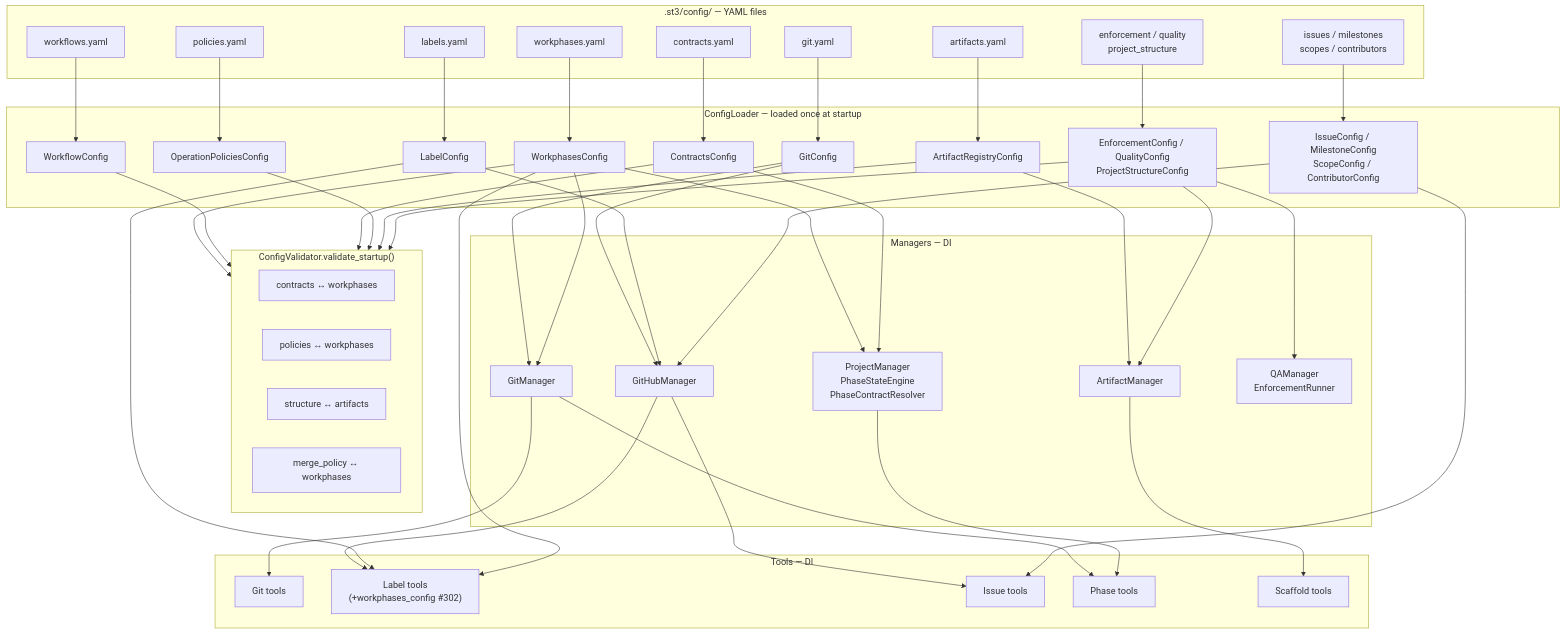
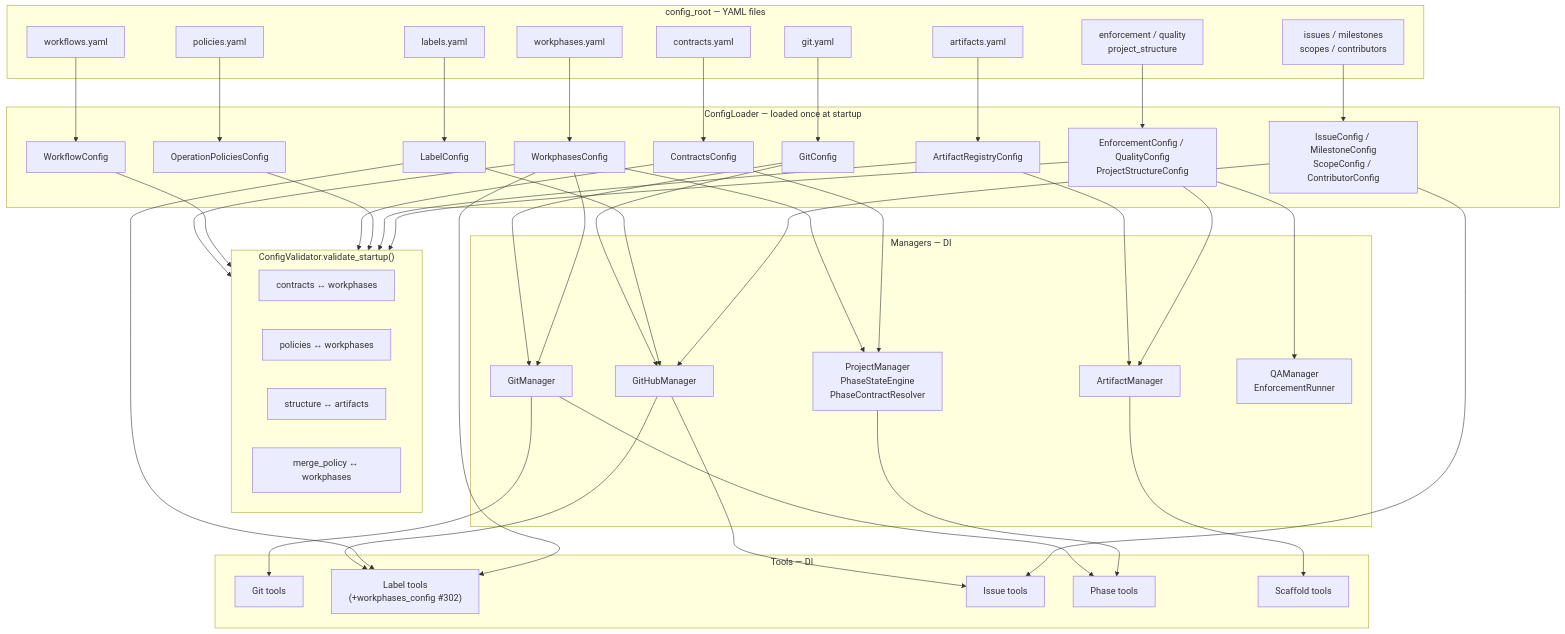
Before and after one commit to MikeyVK/phase-gate-mcp: the fifth of 5 diagrams in docs/reference/mcp/config-loading-architecture.md, drawn with Mermaid. The commit also changed other lines of this file, not shown here.

Commit message:
docs(P_RESEARCH): Remove hardcoded .st3/config paths from config loading reference doc

````diff
--- a/docs/reference/mcp/config-loading-architecture.md
+++ b/docs/reference/mcp/config-loading-architecture.md
@@ -334,65 +336,65 @@
 ```mermaid
 flowchart TD
-    subgraph DISK[".st3/config/ — YAML files"]
+    subgraph DISK["config_root — YAML files"]
         Y1[git.yaml]
         Y2[labels.yaml]
         Y3[workphases.yaml]
         Y4[workflows.yaml]
         Y5[contracts.yaml]
         Y6[policies.yaml]
         Y7[artifacts.yaml]
         Y8["issues / milestones\nscopes / contributors"]
         Y9["enforcement / quality\nproject_structure"]
     end
     subgraph LOAD["ConfigLoader — loaded once at startup"]
         L1[GitConfig]
         L2[LabelConfig]
         L3[WorkphasesConfig]
         L4[WorkflowConfig]
         L5[ContractsConfig]
         L6[OperationPoliciesConfig]
         L7[ArtifactRegistryConfig]
         L8["IssueConfig / MilestoneConfig\nScopeConfig / ContributorConfig"]
         L9["EnforcementConfig / QualityConfig\nProjectStructureConfig"]
     end
     subgraph VALIDATE["ConfigValidator.validate_startup()"]
         V1[contracts ↔ workphases]
         V2[policies ↔ workphases]
         V3[structure ↔ artifacts]
         V4[merge_policy ↔ workphases]
     end
     subgraph MANAGERS["Managers — DI"]
         M1[GitManager]
         M2[GitHubManager]
         M3["ProjectManager\nPhaseStateEngine\nPhaseContractResolver"]
         M4[ArtifactManager]
         M5["QAManager\nEnforcementRunner"]
     end
     subgraph TOOLS["Tools — DI"]
         T1["Git tools"]
         T2["Label tools\n(+workphases_config #302)"]
         T3[Issue tools]
         T4[Phase tools]
         T5[Scaffold tools]
     end
     Y1 --> L1
     Y2 --> L2
     Y3 --> L3
     Y4 --> L4
     Y5 --> L5
     Y6 --> L6
     Y7 --> L7
     Y8 --> L8
     Y9 --> L9
     L3 & L4 & L5 & L6 & L7 & L9 --> VALIDATE
     L1 & L3 --> M1
     L1 & L2 & L8 --> M2
     L3 & L5 --> M3
     L7 & L9 --> M4
     L9 --> M5
     M1 --> T1 & T4
     M2 & L2 & L3 --> T2
     M2 & L8 --> T3
     M3 --> T4
     M4 --> T5
 ```
````
